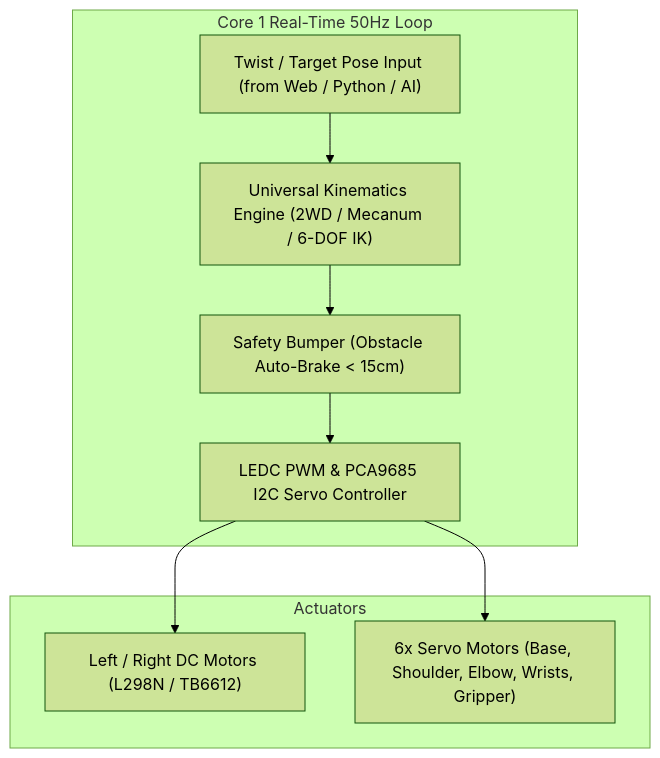
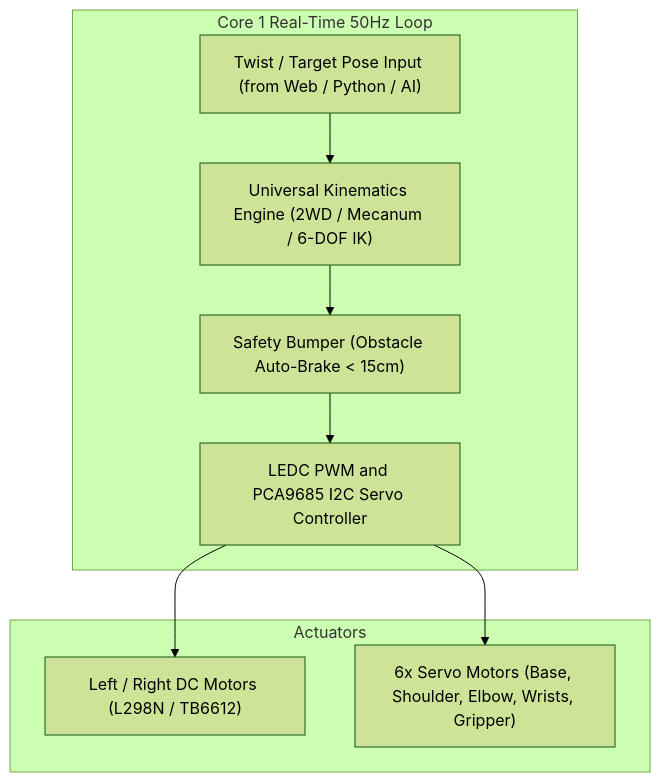
Before and after one commit to tamimystic/tamimystic-os: the diagram in docs/robotics/overview.md, drawn with Mermaid (forest theme). The commit also changed other lines of this file and 23 other files, not shown here.

````diff
--- a/docs/robotics/overview.md
+++ b/docs/robotics/overview.md
@@ -9,20 +9,20 @@
 ```mermaid
 graph TD
     subgraph Core 1 [Core 1 Real-Time 50Hz Loop]
         IN["Twist / Target Pose Input (from Web / Python / AI)"]
         KIN["Universal Kinematics Engine (2WD / Mecanum / 6-DOF IK)"]
         SAFE["Safety Bumper (Obstacle Auto-Brake < 15cm)"]
-        PWM["LEDC PWM & PCA9685 I2C Servo Controller"]
+        PWM["LEDC PWM and PCA9685 I2C Servo Controller"]
         
         IN --> KIN
         KIN --> SAFE
         SAFE --> PWM
     end
     
     subgraph Actuators
         M1["Left / Right DC Motors (L298N / TB6612)"]
         S1["6x Servo Motors (Base, Shoulder, Elbow, Wrists, Gripper)"]
         PWM --> M1
         PWM --> S1
     end
 ```
````
